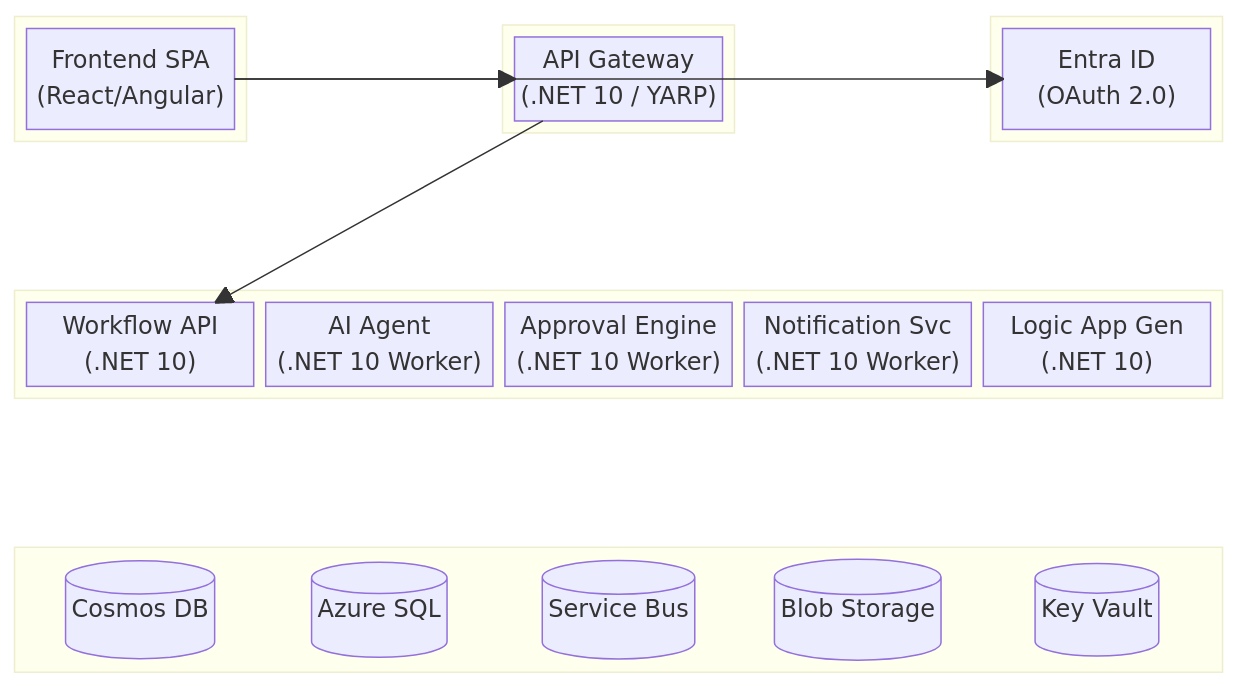
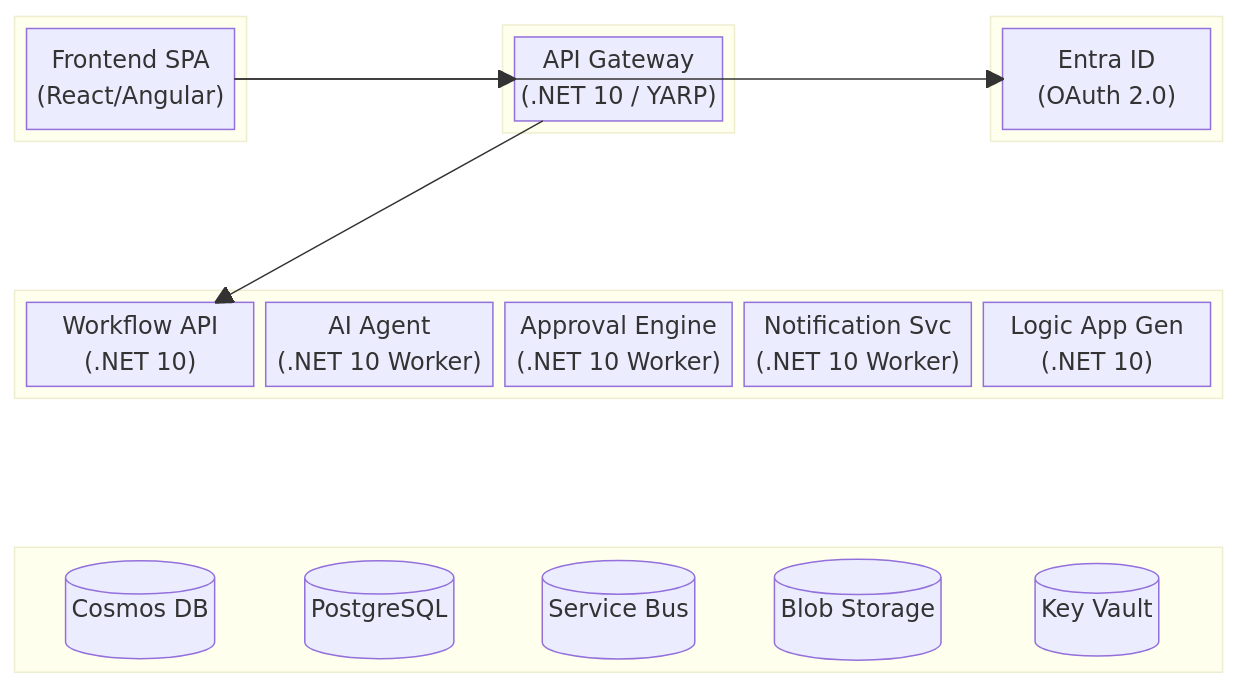
Before and after one commit to toanduong/ai-workflow: the third of 22 diagrams in docs/architecture/Architecture-Documentation.md, drawn with Mermaid. The commit also changed other lines of this file and 15 other files, not shown here.

````diff
--- a/docs/architecture/Architecture-Documentation.md
+++ b/docs/architecture/Architecture-Documentation.md
@@ -131,40 +131,40 @@
 ```mermaid
 block-beta
     columns 5
 
     block:frontend:1
         SPA["Frontend SPA<br/>(React/Angular)"]
     end
     space
     block:gateway:1
         GW["API Gateway<br/>(.NET 10 / YARP)"]
     end
     space
     block:identity:1
         ID["Entra ID<br/>(OAuth 2.0)"]
     end
 
     space:5
 
     block:services:5
         WAPI["Workflow API<br/>(.NET 10)"]
         AI["AI Agent<br/>(.NET 10 Worker)"]
         APPR["Approval Engine<br/>(.NET 10 Worker)"]
         NOTIF["Notification Svc<br/>(.NET 10 Worker)"]
         LAGEN["Logic App Gen<br/>(.NET 10)"]
     end
 
     space:5
 
     block:infra:5
         COSMOS[("Cosmos DB")]
-        SQLDB[("Azure SQL")]
+        SQLDB[("PostgreSQL")]
         BUS[("Service Bus")]
         BLOB[("Blob Storage")]
         KV[("Key Vault")]
     end
 
     SPA --> GW
     GW --> WAPI
     SPA --> ID
 ```
````
